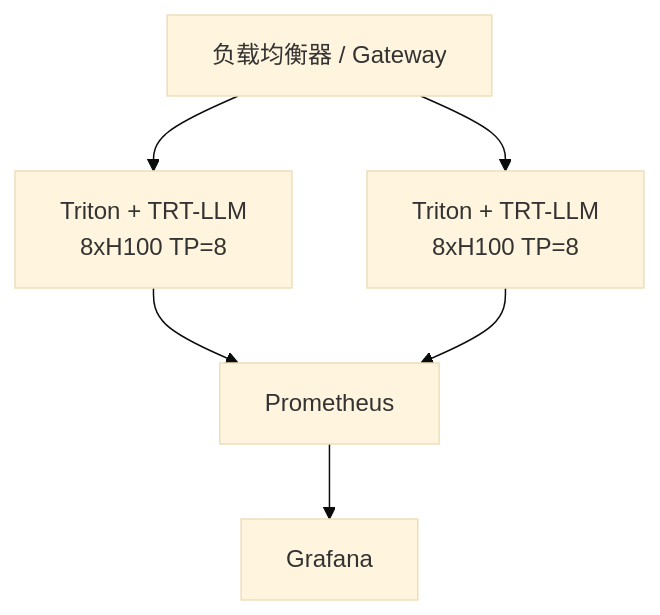
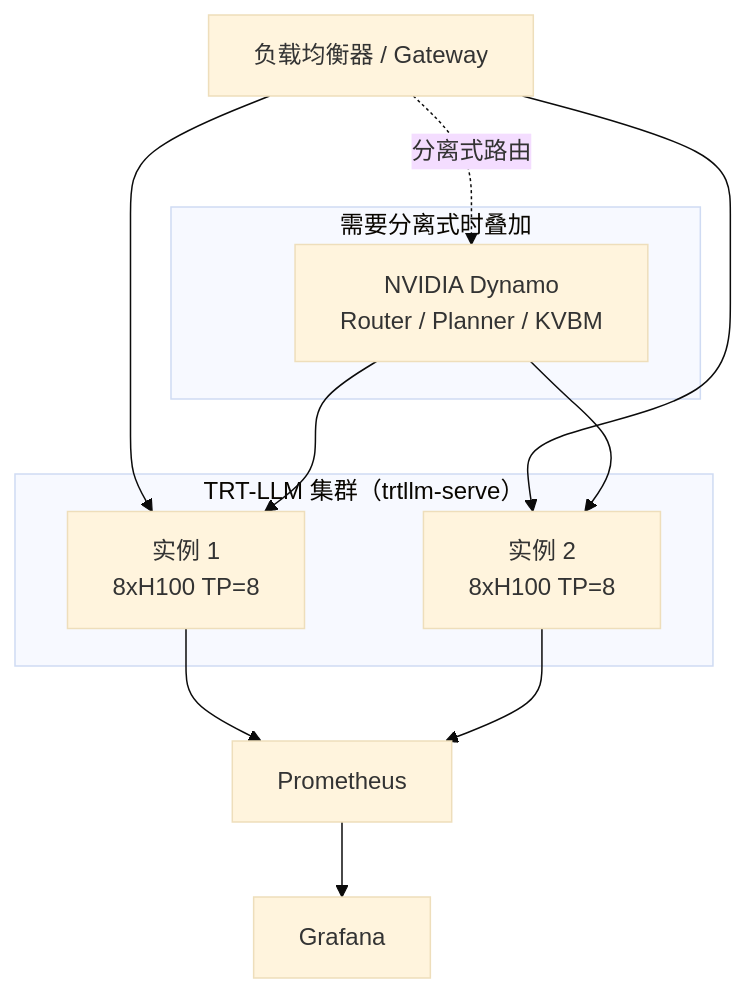
The first of 2 diagrams in docs/04-llmops/tensorrt-llm/08-production-practice.md (cypggs/AI_Infra_Handbook), drawn with Mermaid (base theme) before and after one commit. The commit also changed other lines of this file and 10 other files, not shown here.

Commit message:
更新 TensorRT-LLM 主题至 2026-10 最新技术：trtllm-serve/OpenEngine 新服务入口、KVCacheManager V2、Dynamo 分离式部署、1.2 stable/1.4 RC、Rubin 硬件代际、Triton backend 弃用

````diff
--- a/docs/04-llmops/tensorrt-llm/08-production-practice.md
+++ b/docs/04-llmops/tensorrt-llm/08-production-practice.md
@@ -208,14 +238,22 @@
 ```mermaid
 flowchart TB
     LB[负载均衡器 / Gateway]
-    Triton1[Triton + TRT-LLM<br/>8xH100 TP=8]
-    Triton2[Triton + TRT-LLM<br/>8xH100 TP=8]
+    subgraph Cluster["TRT-LLM 集群（trtllm-serve）"]
+        S1[实例 1<br/>8xH100 TP=8]
+        S2[实例 2<br/>8xH100 TP=8]
+    end
+    subgraph Disagg["需要分离式时叠加"]
+        DY[NVIDIA Dynamo<br/>Router / Planner / KVBM]
+    end
     Prometheus[Prometheus]
     Grafana[Grafana]
 
-    LB --> Triton1
-    LB --> Triton2
-    Triton1 --> Prometheus
-    Triton2 --> Prometheus
+    LB --> S1
+    LB --> S2
+    LB -.分离式路由.-> DY
+    DY --> S1
+    DY --> S2
+    S1 --> Prometheus
+    S2 --> Prometheus
     Prometheus --> Grafana
 ```
````
